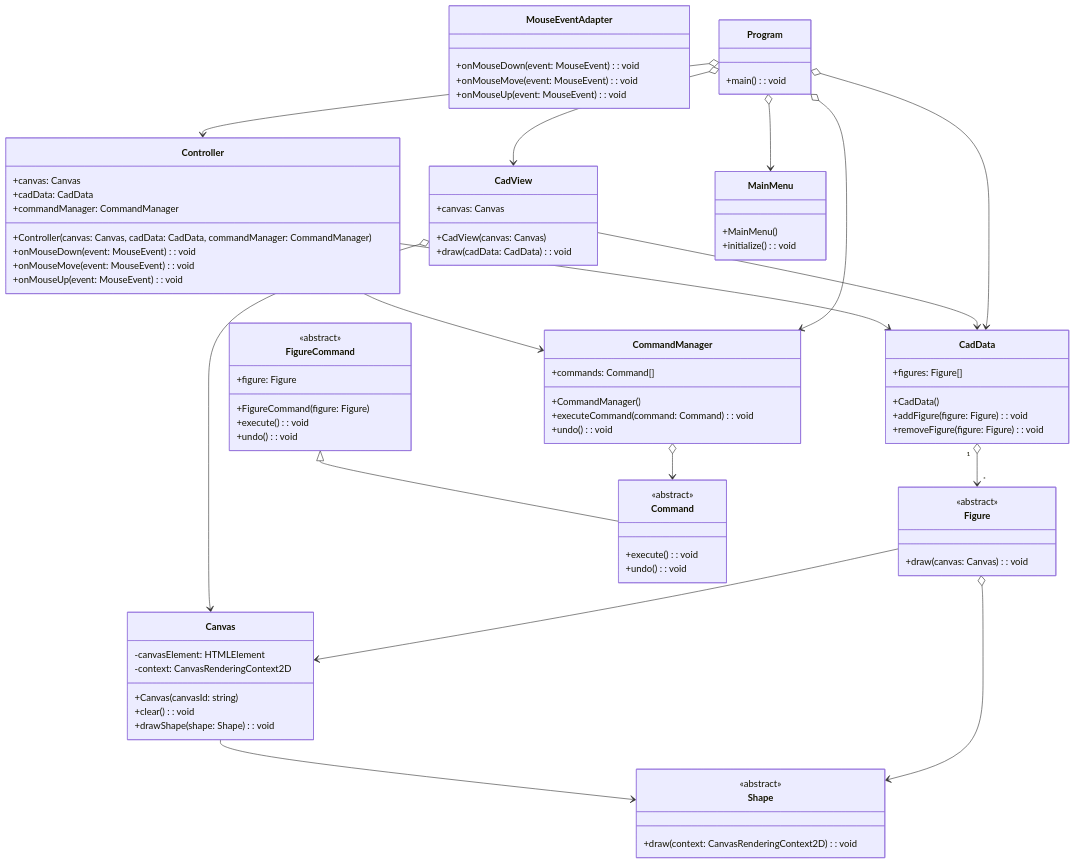
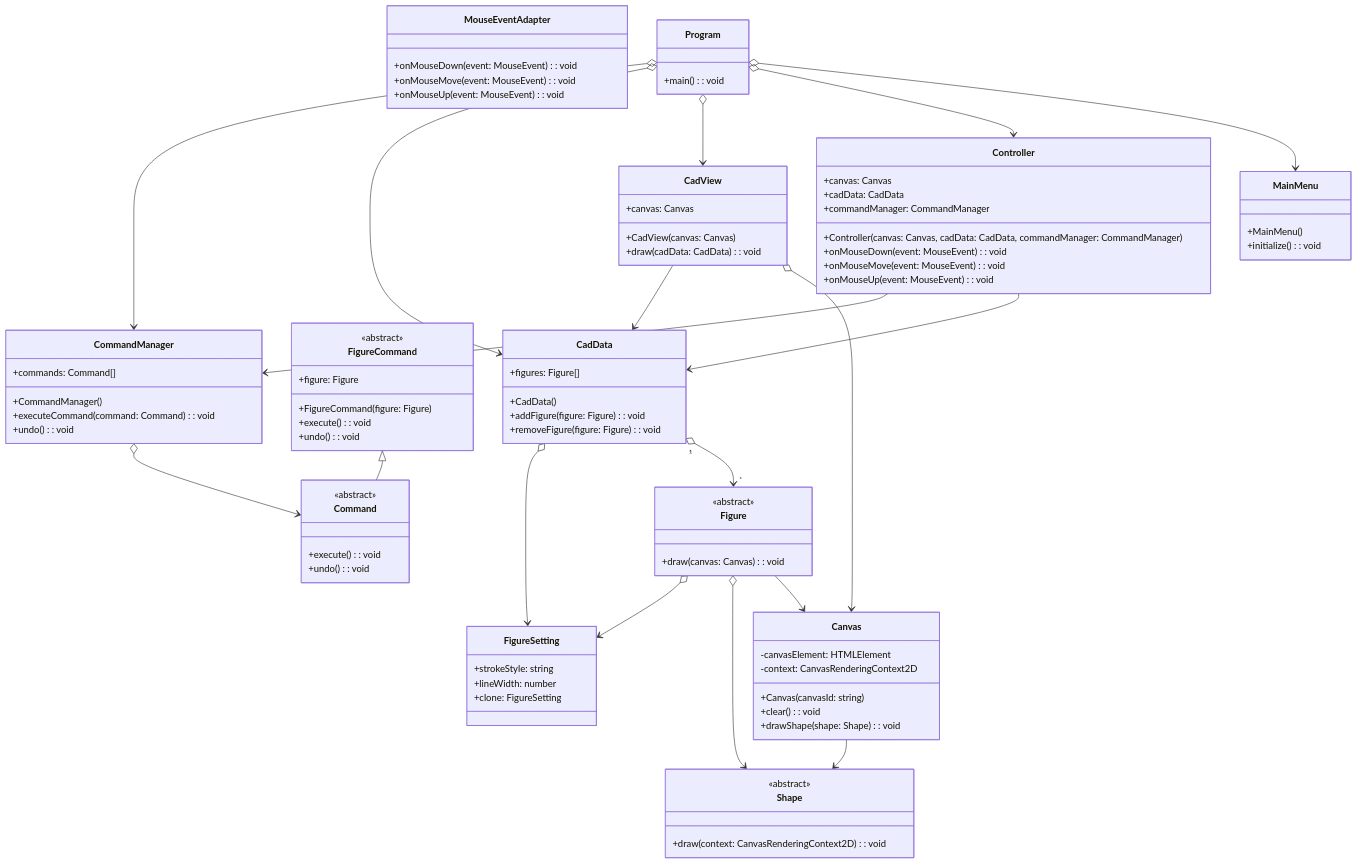
Before and after one commit to Fujiwo/FutOopSample.20221209: the fifth of 6 diagrams in README.md, drawn with Mermaid.

```diff
--- a/README.md
+++ b/README.md
@@ -308,6 +308,12 @@
         +Canvas(canvasId: string)
         +clear(): void
         +drawShape(shape: Shape): void
+    }
+
+    class FigureSetting {
+        +strokeStyle: string
+        +lineWidth: number
+        +clone: FigureSetting
     }
 
     class Figure {
@@ -382,8 +388,10 @@
     CadView o--> Canvas
     CadView --> CadData
     CadData "1" o--> "*" Figure
+    CadData o--> FigureSetting
     Figure --> Canvas
     Figure o--> Shape
+    Figure o--> FigureSetting
     Program o--> MainMenu
     Program o--> Controller
     Program o--> CadView
```
